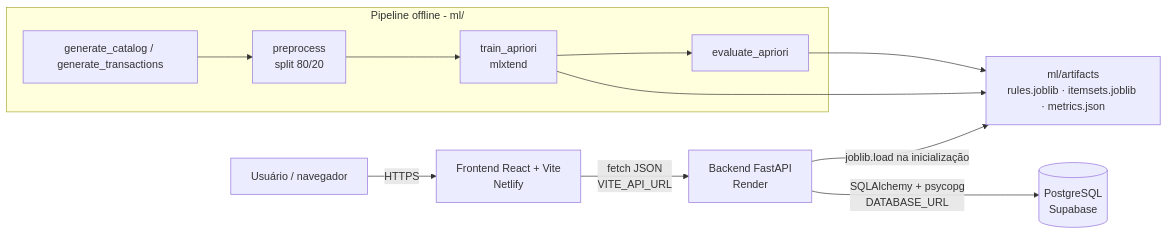
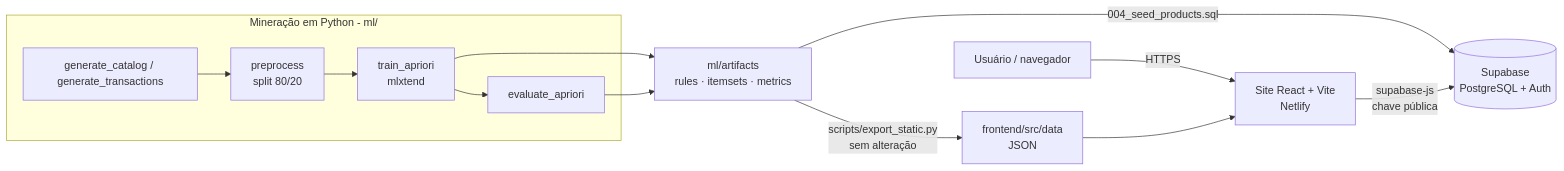
One commit to aloisiojuniordev-hub/ipaj-gaming changed the diagram in docs/architecture.md. Above: the diagram before and after it, drawn with Mermaid. The commit also changed other lines of this file and 36 other files, not shown here.

First line of the commit message:
feat: remover Render e publicar IPAJ CORE com Supabase Auth

````diff
--- a/docs/architecture.md
+++ b/docs/architecture.md
@@ -5,14 +5,15 @@
 ```mermaid
 flowchart LR
-    U[Usuário / navegador] -->|HTTPS| V[Frontend React + Vite<br/>Netlify]
-    V -->|fetch JSON<br/>VITE_API_URL| R[Backend FastAPI<br/>Render]
-    R -->|SQLAlchemy + psycopg<br/>DATABASE_URL| S[(PostgreSQL<br/>Supabase)]
-    R -->|joblib.load na inicialização| A[ml/artifacts<br/>rules.joblib · itemsets.joblib · metrics.json]
-    subgraph Offline [Pipeline offline - ml/]
+    subgraph Offline [Mineração em Python - ml/]
       G[generate_catalog / generate_transactions] --> P[preprocess<br/>split 80/20]
       P --> T[train_apriori<br/>mlxtend]
       T --> E[evaluate_apriori]
     end
-    T --> A
+    T --> A[ml/artifacts<br/>rules · itemsets · metrics]
     E --> A
+    A -->|scripts/export_static.py<br/>sem alteração| D[frontend/src/data<br/>JSON]
+    A -->|004_seed_products.sql| S
+    U[Usuário / navegador] -->|HTTPS| V[Site React + Vite<br/>Netlify]
+    D --> V
+    V -->|supabase-js<br/>chave pública| S[(Supabase<br/>PostgreSQL + Auth)]
 ```
````
